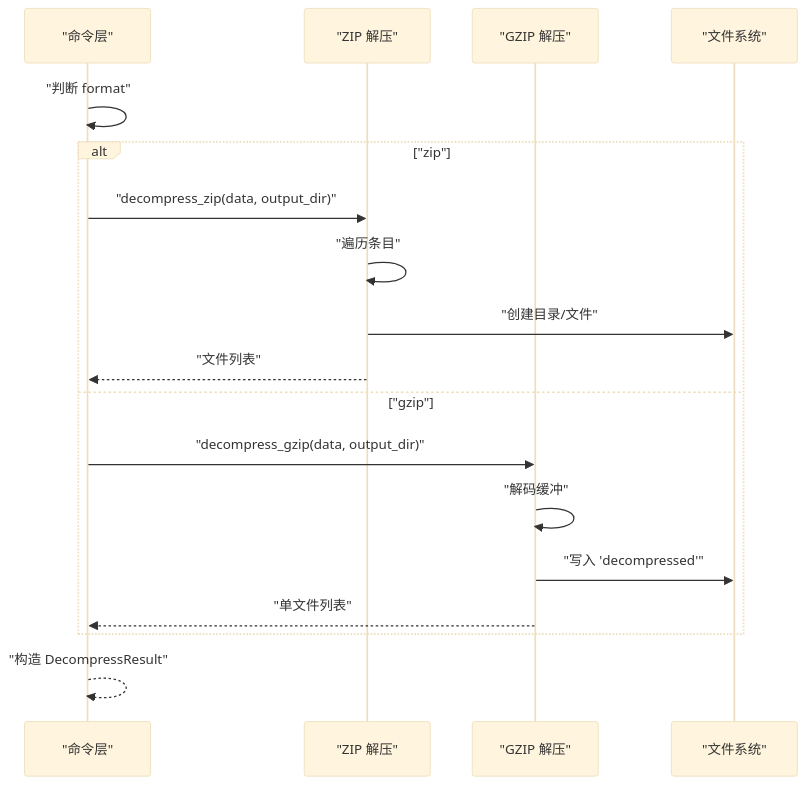
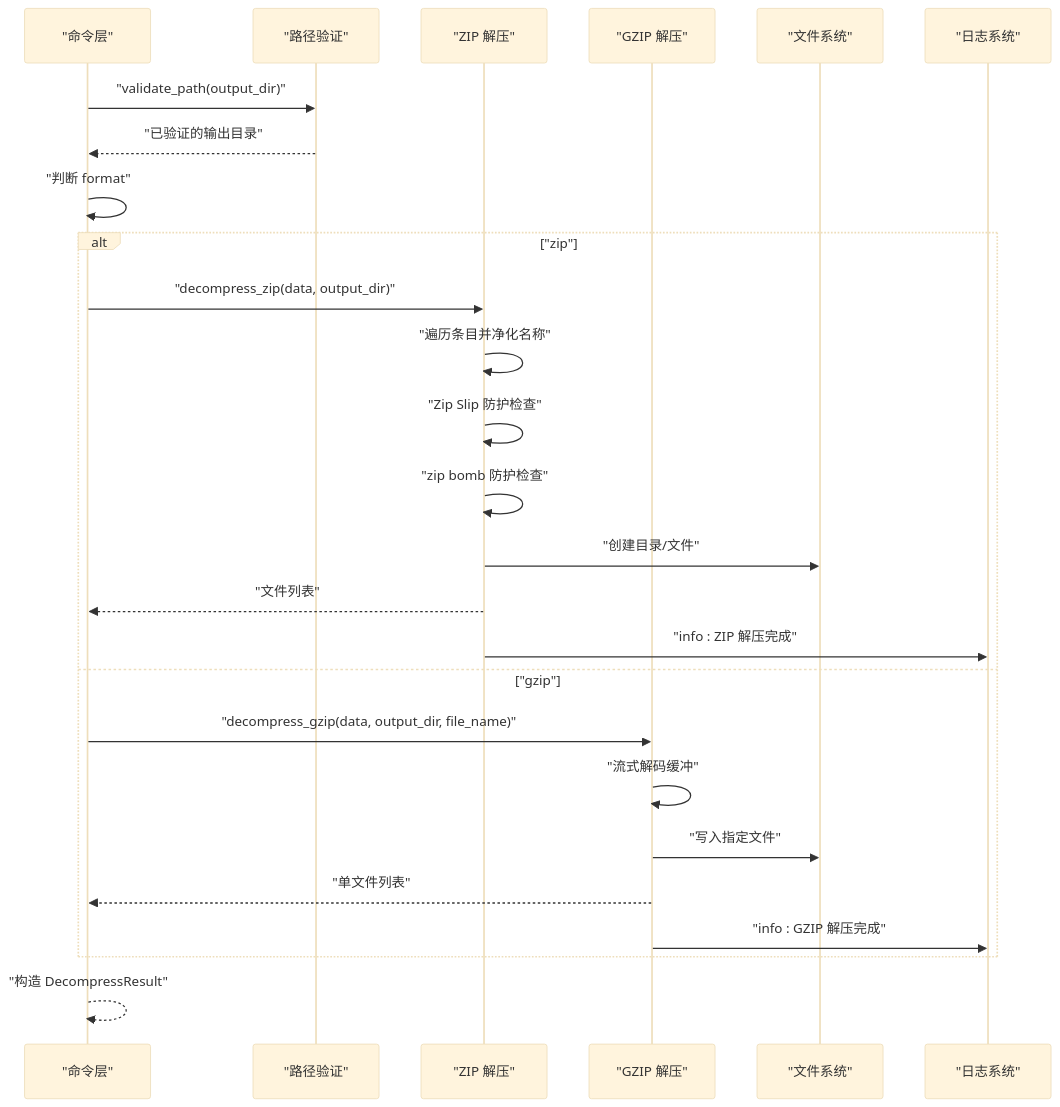
Before and after one commit to taoweidong/Hello-Tauri: the sixth of 6 diagrams in .qoder/repowiki/zh/content/Tauri 后端/Tauri 后端.md, drawn with Mermaid (base theme). The commit also changed other lines of this file and 32 other files, not shown here.

````diff
--- a/.qoder/repowiki/zh/content/Tauri 后端/Tauri 后端.md
+++ b/.qoder/repowiki/zh/content/Tauri 后端/Tauri 后端.md
@@ -223,20 +328,28 @@
 ```mermaid
 sequenceDiagram
 participant CMD as "命令层"
+participant VALID as "路径验证"
 participant ZIP as "ZIP 解压"
 participant GZ as "GZIP 解压"
 participant FS as "文件系统"
+participant LOG as "日志系统"
+CMD->>VALID : "validate_path(output_dir)"
+VALID-->>CMD : "已验证的输出目录"
 CMD->>CMD : "判断 format"
 alt "zip"
 CMD->>ZIP : "decompress_zip(data, output_dir)"
-ZIP->>ZIP : "遍历条目"
+ZIP->>ZIP : "遍历条目并净化名称"
+ZIP->>ZIP : "Zip Slip 防护检查"
+ZIP->>ZIP : "zip bomb 防护检查"
 ZIP->>FS : "创建目录/文件"
 ZIP-->>CMD : "文件列表"
+ZIP->>LOG : "info : ZIP 解压完成"
 else "gzip"
-CMD->>GZ : "decompress_gzip(data, output_dir)"
-GZ->>GZ : "解码缓冲"
-GZ->>FS : "写入 'decompressed'"
+CMD->>GZ : "decompress_gzip(data, output_dir, file_name)"
+GZ->>GZ : "流式解码缓冲"
+GZ->>FS : "写入指定文件"
 GZ-->>CMD : "单文件列表"
+GZ->>LOG : "info : GZIP 解压完成"
 end
 CMD-->>CMD : "构造 DecompressResult"
 ```
````
